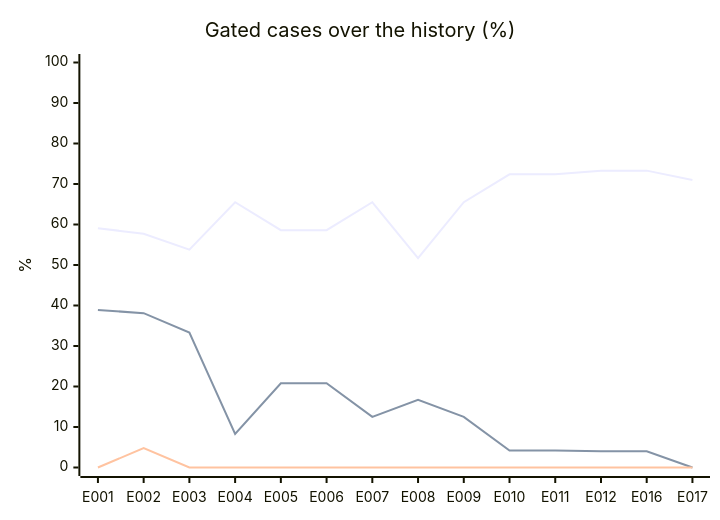
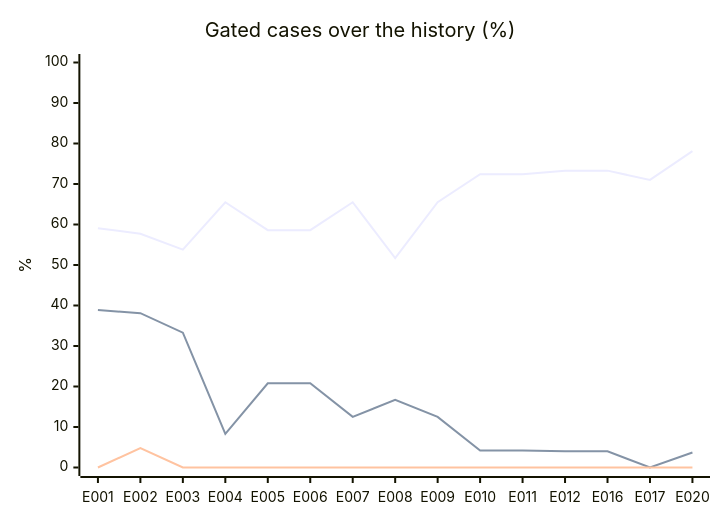
One commit to acarbonellb/anti-fraud-agent changed the second of 2 diagrams in evals/report.md. Above: the diagram before and after it, drawn with Mermaid. The commit also changed other lines of this file and 151 other files, not shown here.

````diff
--- a/evals/report.md
+++ b/evals/report.md
@@ -137,9 +140,9 @@
 ```mermaid
 xychart-beta
   title "Gated cases over the history (%)"
-  x-axis [E001, E002, E003, E004, E005, E006, E007, E008, E009, E010, E011, E012, E016, E017]
+  x-axis [E001, E002, E003, E004, E005, E006, E007, E008, E009, E010, E011, E012, E016, E017, E020]
   y-axis "%" 0 --> 100
-  line [59.1, 57.7, 53.8, 65.5, 58.6, 58.6, 65.5, 51.7, 65.5, 72.4, 72.4, 73.3, 73.3, 71]
-  line [38.9, 38.1, 33.3, 8.3, 20.8, 20.8, 12.5, 16.7, 12.5, 4.2, 4.2, 4, 4, 0]
-  line [0, 4.8, 0, 0, 0, 0, 0, 0, 0, 0, 0, 0, 0, 0]
+  line [59.1, 57.7, 53.8, 65.5, 58.6, 58.6, 65.5, 51.7, 65.5, 72.4, 72.4, 73.3, 73.3, 71, 78.1]
+  line [38.9, 38.1, 33.3, 8.3, 20.8, 20.8, 12.5, 16.7, 12.5, 4.2, 4.2, 4, 4, 0, 3.7]
+  line [0, 4.8, 0, 0, 0, 0, 0, 0, 0, 0, 0, 0, 0, 0, 0]
 ```
````
